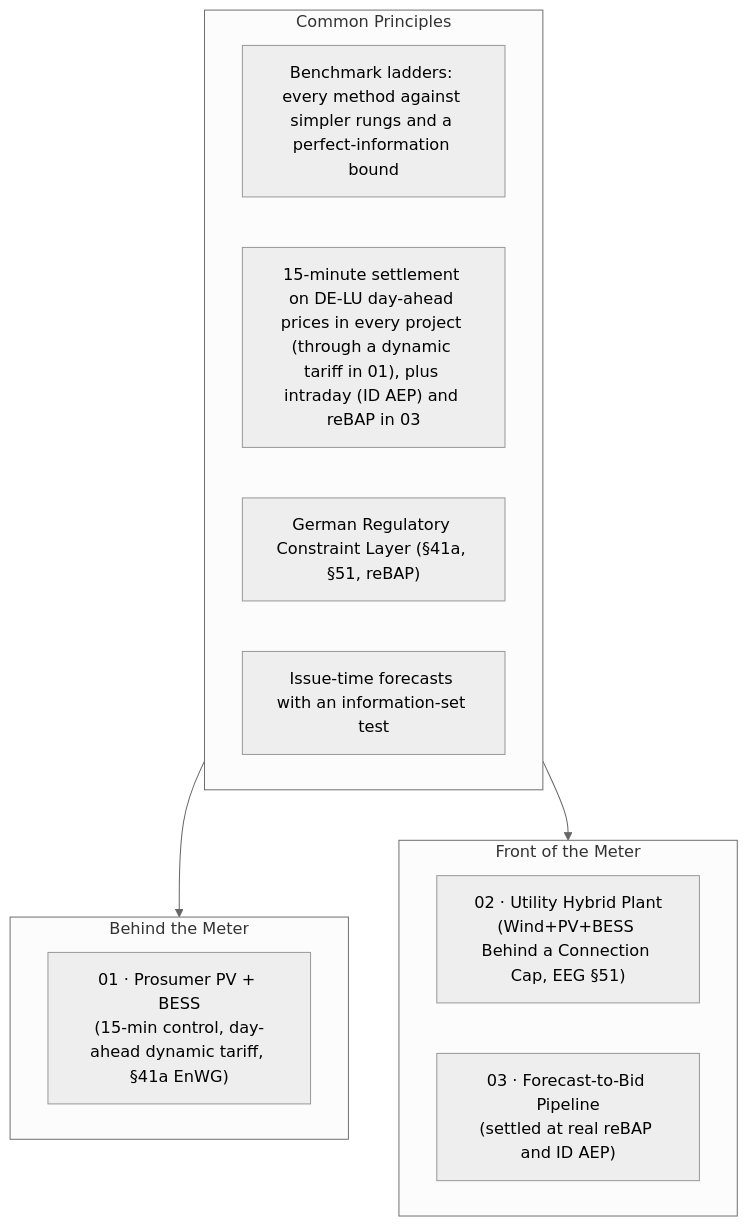
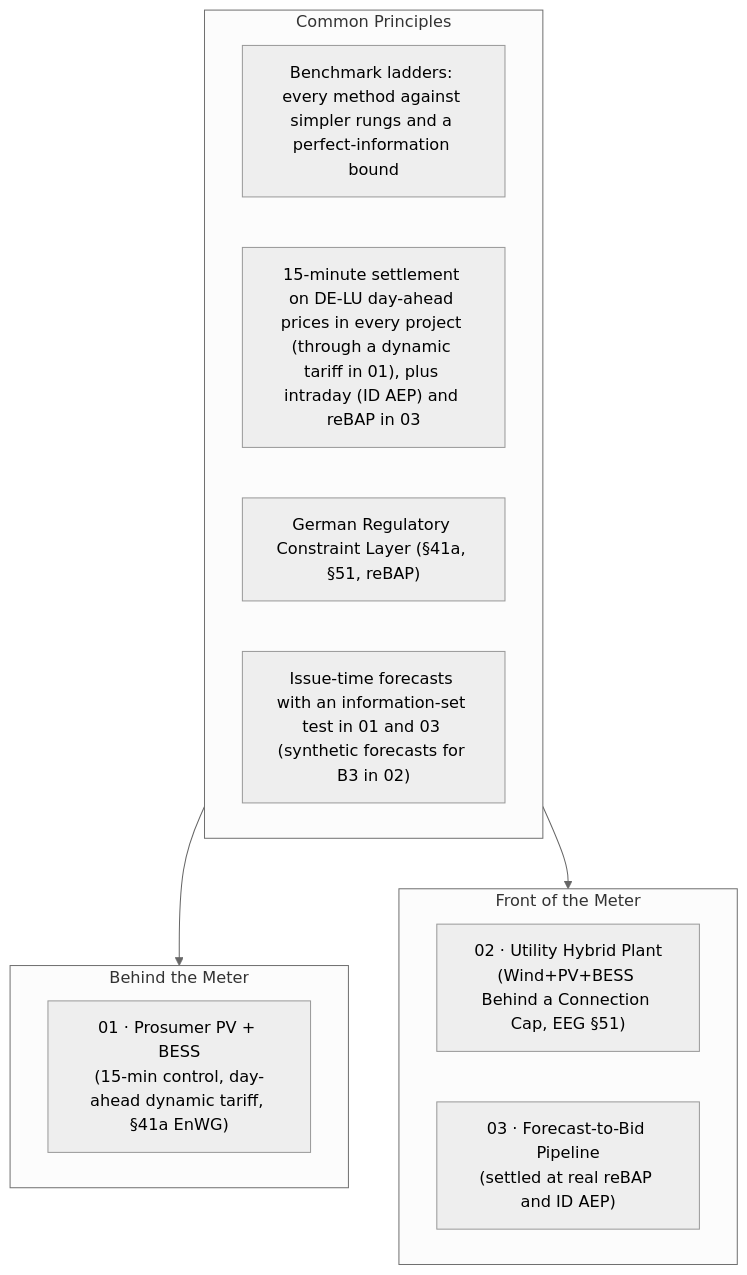
One commit to muratkus01/Portfolio changed the diagram in README.md. Above: the diagram before and after it, drawn with Mermaid (neutral theme). The commit also changed other lines of this file, not shown here.

Commit message:
docs(readme): limit issue-time forecasts to Projects 01 and 03
The "Common Principles" box, which feeds every project, listed
"Issue-time forecasts with an information-set test". Project 02 has
none: P02 README 0.4 says B3's forecasts are "one random draw of the
truth with a 15 % AR(1) error" and its "negative-price mask comes from
the true prices, so its recovery is optimistic; a forecast layer (WP6)
is not built". Project 01 (baselines/rolling.py, prices from 13:00, PV
on the forecast issued a day earlier) and Project 03
(stages.audit_stages) do have them. The node now names the projects.

The ladder table called B3 "the deployable classical benchmark" for
both projects. Project 01's README calls its B3 deployable; Project
02's B3 knows the true negative-price mask (the run_ladder comment: "A
known limit, optimistic for B3"), so the row now says so.

````diff
--- a/README.md
+++ b/README.md
@@ -45,21 +45,21 @@
 ```mermaid
 flowchart TB
     subgraph FOUND["Common Principles"]
         F1["Benchmark ladders: every method against simpler rungs and a perfect-information bound"]
         F2["15-minute settlement on DE-LU day-ahead prices in every project (through a dynamic tariff in 01), plus intraday (ID AEP) and reBAP in 03"]
         F3["German Regulatory Constraint Layer (§41a, §51, reBAP)"]
-        F4["Issue-time forecasts with an information-set test"]
+        F4["Issue-time forecasts with an information-set test in 01 and 03 (synthetic forecasts for B3 in 02)"]
     end
 
     subgraph BTM["Behind the Meter"]
         P1["01 · Prosumer PV + BESS<br/>(15-min control, day-ahead dynamic tariff, §41a EnWG)"]
     end
 
     subgraph FTM["Front of the Meter"]
         P5["02 · Utility Hybrid Plant<br/>(Wind+PV+BESS Behind a Connection Cap, EEG §51)"]
         P6["03 · Forecast-to-Bid Pipeline<br/>(settled at real reBAP and ID AEP)"]
     end
 
     FOUND --> BTM
     FOUND --> FTM
 ```
````
